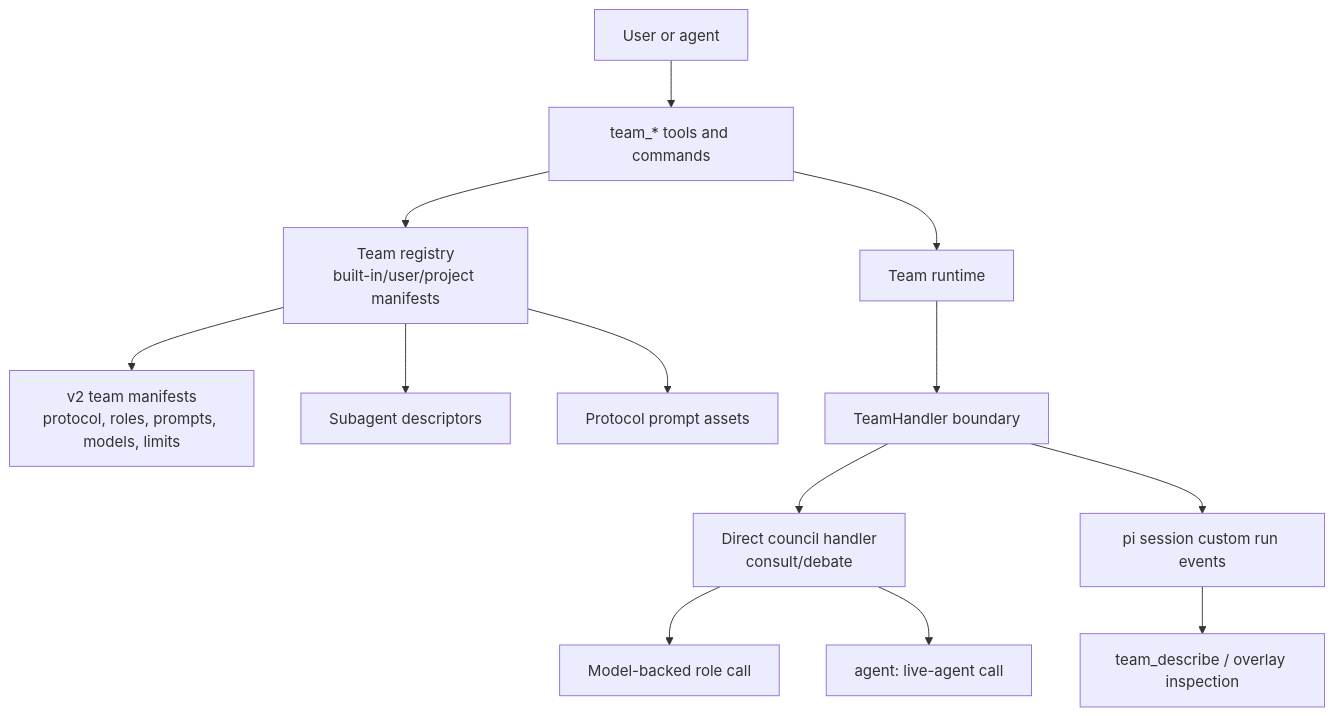
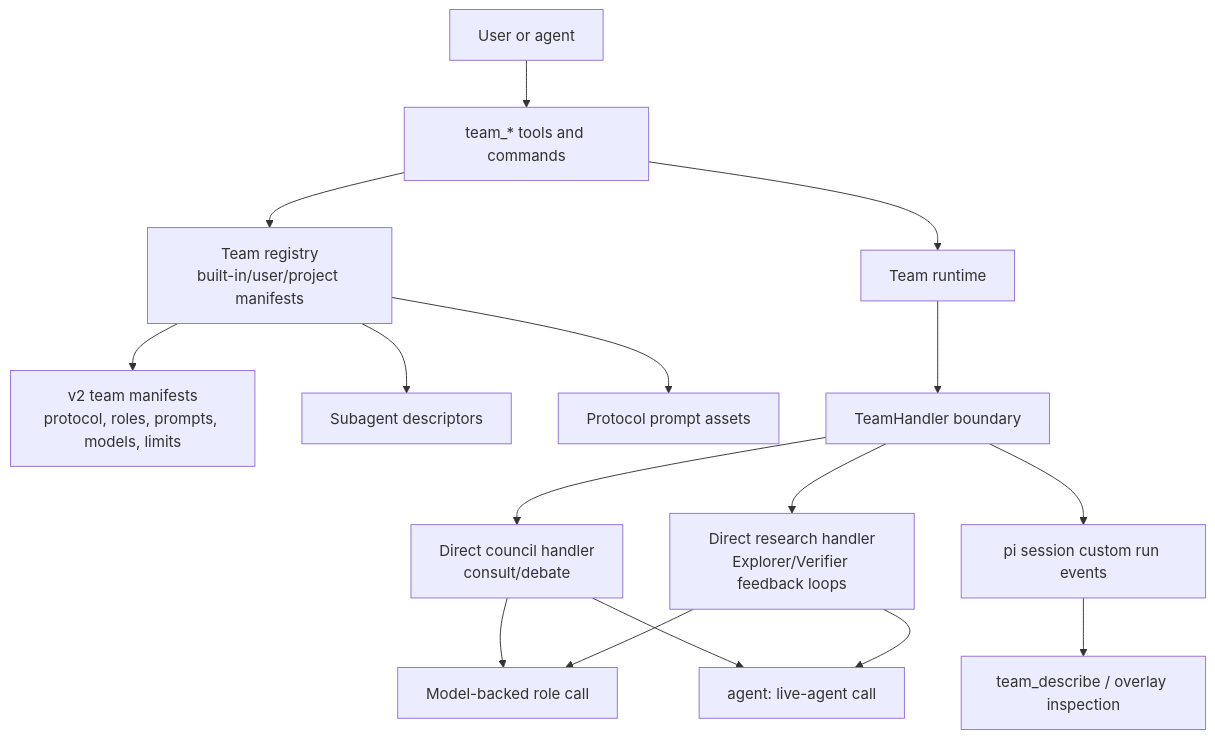
One commit to tS7hKamAYL84j91/pi-tools-and-skills changed the diagram in docs/teams-platform.md. Above: the diagram before and after it, drawn with Mermaid. The commit also changed other lines of this file and 9 other files, not shown here.

Commit message:
feat(pi-teams): add bounded research feedback protocol

````diff
--- a/docs/teams-platform.md
+++ b/docs/teams-platform.md
@@ -7,19 +7,22 @@
 ```mermaid
 flowchart TD
   User[User or agent] --> Tools[team_* tools and commands]
   Tools --> Registry[Team registry\nbuilt-in/user/project manifests]
   Tools --> Runtime[Team runtime]
 
   Registry --> Manifests[v2 team manifests\nprotocol, roles, prompts, models, limits]
   Registry --> Subagents[Subagent descriptors]
   Registry --> Prompts[Protocol prompt assets]
 
   Runtime --> Handler[TeamHandler boundary]
   Handler --> Council[Direct council handler\nconsult/debate]
+  Handler --> Research[Direct research handler\nExplorer/Verifier feedback loops]
 
   Council --> ModelNode[Model-backed role call]
+  Research --> ModelNode
   Council --> LiveNode[agent:<name> live-agent call]
+  Research --> LiveNode
   Handler --> State[pi session custom run events]
 
   State --> Inspect[team_describe / overlay inspection]
 ```
````
